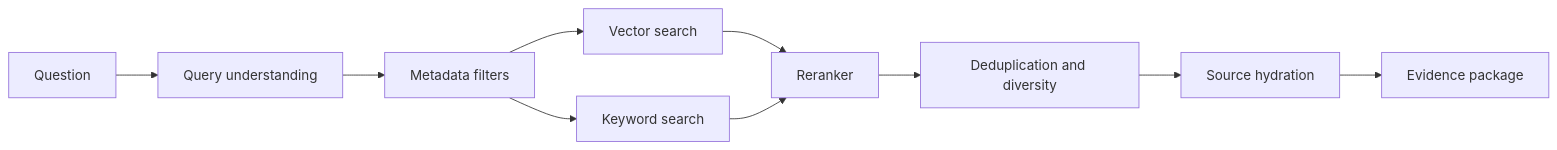
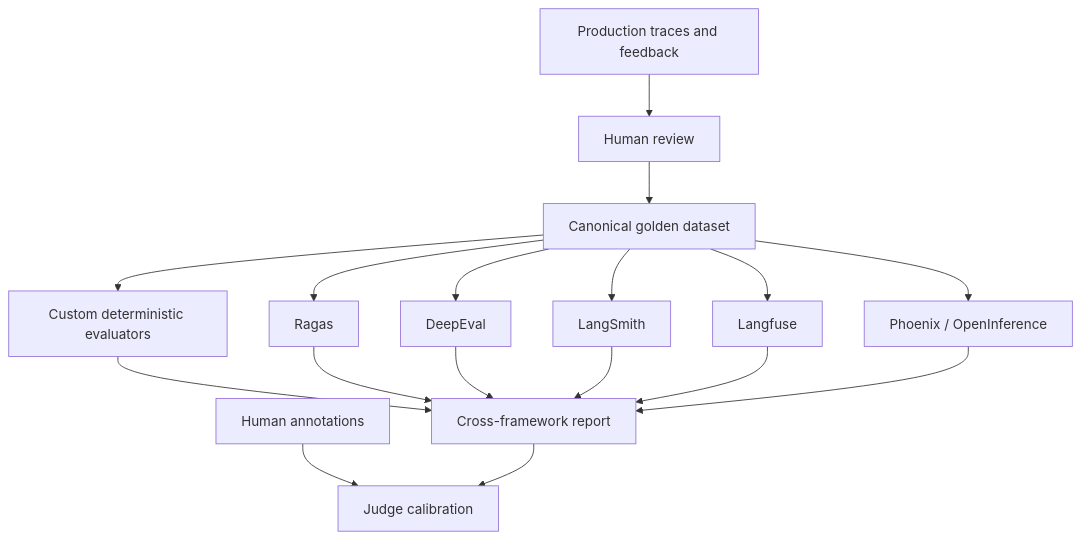
One commit to zvadym/company-lens changed the fourth of 5 diagrams in README.md. Above: the diagram before and after it, drawn with Mermaid. The commit also changed other lines of this file, not shown here.

````diff
--- a/README.md
+++ b/README.md
@@ -372,12 +435,23 @@
 ```mermaid
-flowchart LR
-    Q[Question] --> QE[Query understanding]
-    QE --> MF[Metadata filters]
-    MF --> VS[Vector search]
-    MF --> KS[Keyword search]
-    VS --> RR[Reranker]
-    KS --> RR
-    RR --> DD[Deduplication and diversity]
-    DD --> SH[Source hydration]
-    SH --> EV[Evidence package]
+flowchart TD
+    G[Canonical golden dataset]
+
+    G --> C[Custom deterministic evaluators]
+    G --> R[Ragas]
+    G --> D[DeepEval]
+    G --> LS[LangSmith]
+    G --> LF[Langfuse]
+    G --> PH[Phoenix / OpenInference]
+
+    H[Human annotations] --> JC[Judge calibration]
+    C --> REP[Cross-framework report]
+    R --> REP
+    D --> REP
+    LS --> REP
+    LF --> REP
+    PH --> REP
+    REP --> JC
+
+    PROD[Production traces and feedback] --> REVIEW[Human review]
+    REVIEW --> G
 ```
````
